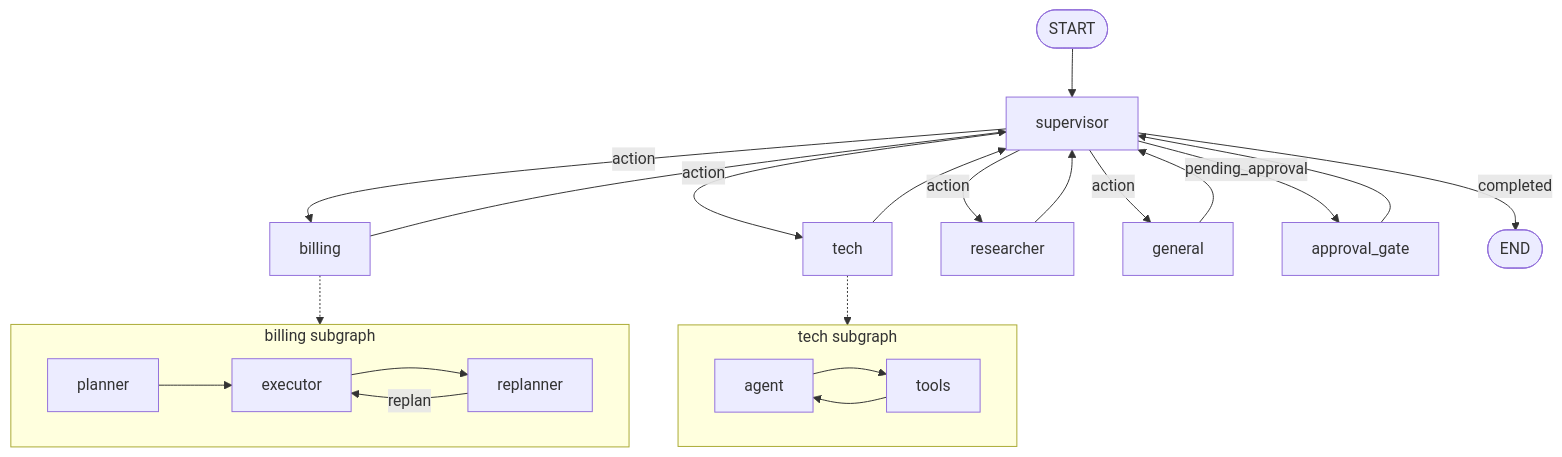
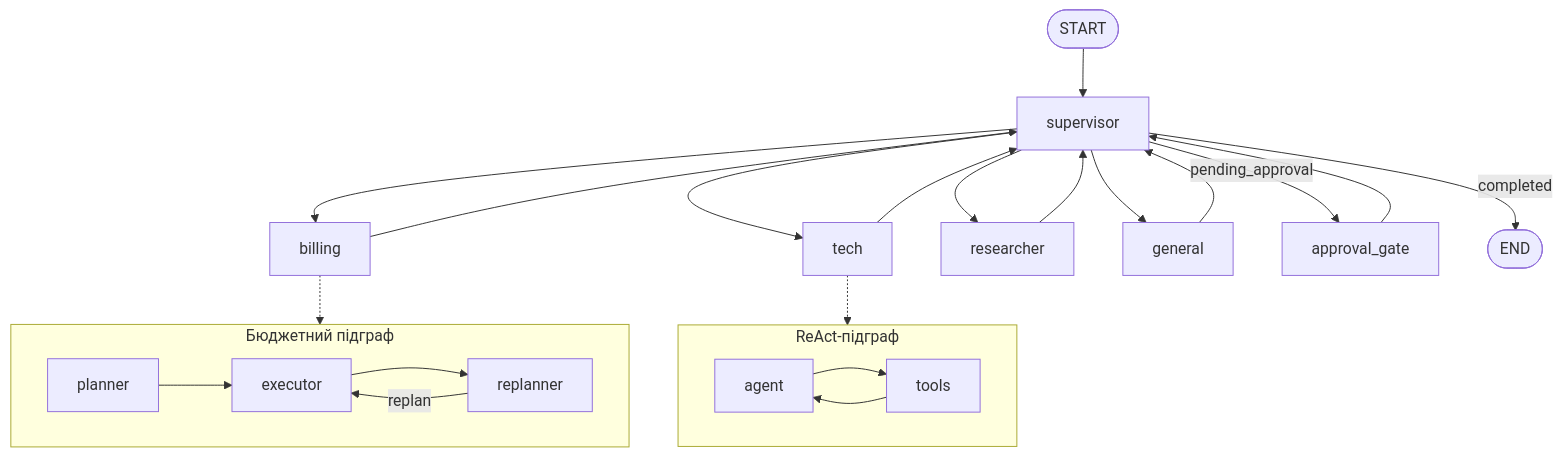
The diagram in README.md (gbi46/AAD_final_task), drawn with Mermaid before and after one commit. The commit also changed other lines of this file and 39 other files, not shown here.

````diff
--- a/README.md
+++ b/README.md
@@ -34,27 +14,24 @@
 ```mermaid
 flowchart TD
     START([START]) --> supervisor
-    supervisor -->|action| billing
-    supervisor -->|action| tech
-    supervisor -->|action| researcher
-    supervisor -->|action| general
+    supervisor --> billing
+    supervisor --> tech
+    supervisor --> researcher
+    supervisor --> general
     supervisor -->|pending_approval| approval_gate
     supervisor -->|completed| END([END])
-
     billing --> supervisor
     tech --> supervisor
     researcher --> supervisor
     general --> supervisor
     approval_gate --> supervisor
-
-    subgraph billing_sub[billing subgraph]
+    subgraph budget[Бюджетний підграф]
         planner --> executor --> replanner
         replanner -->|replan| executor
     end
-    subgraph tech_sub[tech subgraph]
+    subgraph react[ReAct-підграф]
         agent --> tools --> agent
     end
-
-    billing -.-> billing_sub
-    tech -.-> tech_sub
+    billing -.-> budget
+    tech -.-> react
 ```
````
